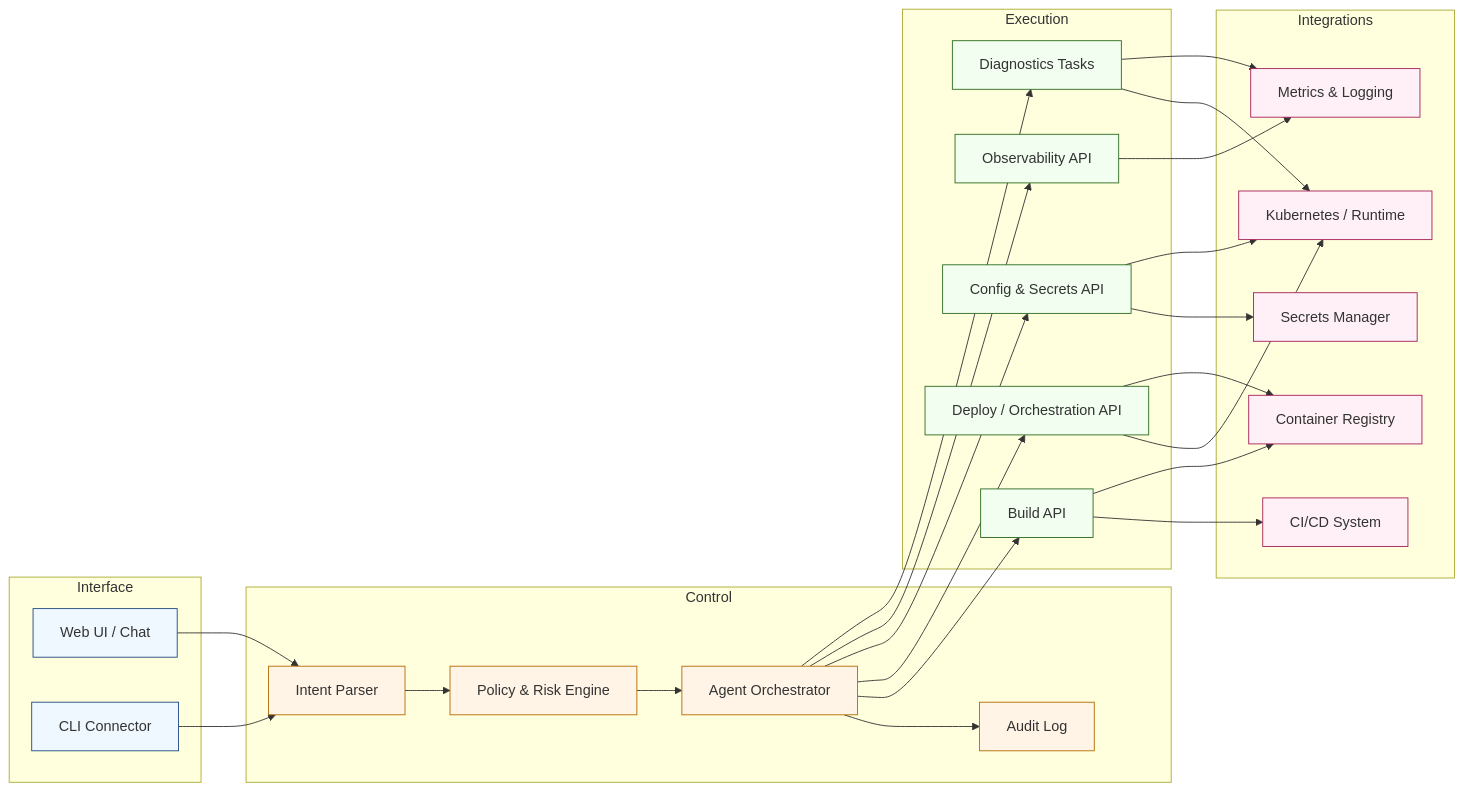
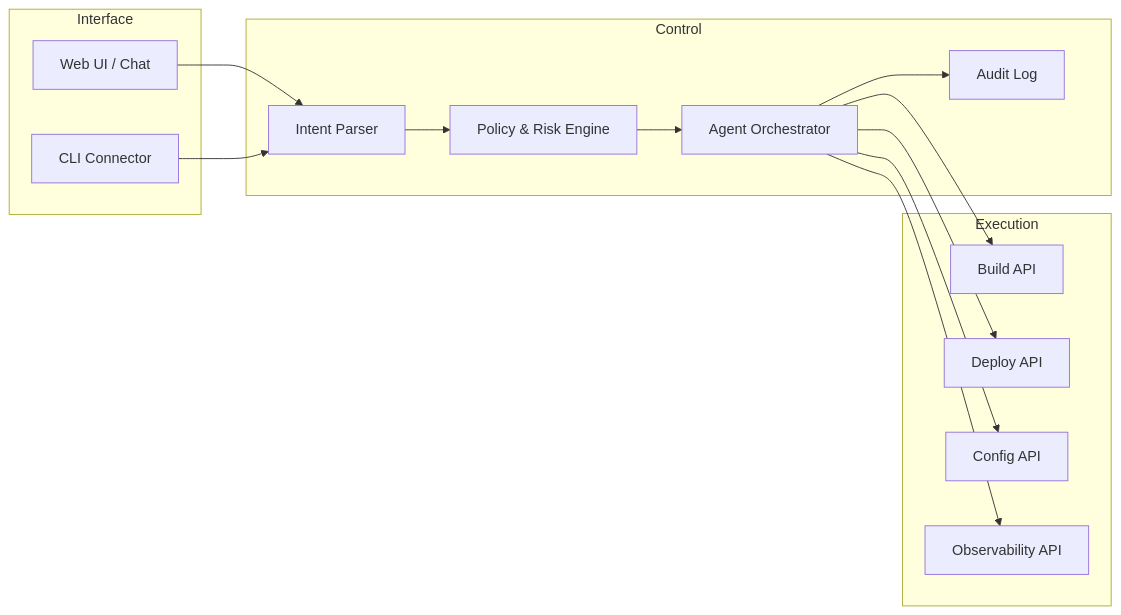
The diagram in project-deploybot.md (binartist/about-me), drawn with Mermaid before and after one commit. The commit also changed other lines of this file and 28 other files, not shown here.

````diff
--- a/project-deploybot.md
+++ b/project-deploybot.md
@@ -10,60 +15,28 @@
 ```mermaid
 flowchart LR
-	subgraph Interface
-		WebUI[Web UI / Chat]
-		CLI[CLI Connector]
-	end
-
-	subgraph Control
-		Intent[Intent Parser]
-		Policy[Policy & Risk Engine]
-		Orchestrator[Agent Orchestrator]
-		Audit[Audit Log]
-	end
-
-	subgraph Execution
-		BuildAPI[Build API]
-		DeployAPI[Deploy / Orchestration API]
-		ConfigAPI[Config & Secrets API]
-		ObserveAPI[Observability API]
-		Diagnostics[Diagnostics Tasks]
-	end
-
-	subgraph Integrations
-		Registry[Container Registry]
-		CI[CI/CD System]
-		Cluster[Kubernetes / Runtime]
-		Metrics[Metrics & Logging]
-		Secrets[Secrets Manager]
-	end
-
-	WebUI --> Intent
-	CLI --> Intent
-	Intent --> Policy
-	Policy --> Orchestrator
-	Orchestrator --> Audit
-	Orchestrator --> BuildAPI
-	Orchestrator --> DeployAPI
-	Orchestrator --> ConfigAPI
-	Orchestrator --> ObserveAPI
-	Orchestrator --> Diagnostics
-
-	BuildAPI --> CI
-	BuildAPI --> Registry
-	DeployAPI --> Cluster
-	DeployAPI --> Registry
-	ConfigAPI --> Secrets
-	ConfigAPI --> Cluster
-	ObserveAPI --> Metrics
-	Diagnostics --> Cluster
-	Diagnostics --> Metrics
-
-	classDef interface fill:#f0f8ff,stroke:#1f4a82,stroke-width:1px;
-	classDef control fill:#fff4e6,stroke:#b36b00,stroke-width:1px;
-	classDef exec fill:#f2fff0,stroke:#2c6b1d,stroke-width:1px;
-	classDef integrations fill:#fef0f6,stroke:#a61f5a,stroke-width:1px;
-	class WebUI,CLI interface;
-	class Intent,Policy,Orchestrator,Audit control;
-	class BuildAPI,DeployAPI,ConfigAPI,ObserveAPI,Diagnostics exec;
-	class Registry,CI,Cluster,Metrics,Secrets integrations;
+  subgraph Interface
+    WebUI[Web UI / Chat]
+    CLI[CLI Connector]
+  end
+  subgraph Control
+    Intent[Intent Parser]
+    Policy[Policy & Risk Engine]
+    Orchestrator[Agent Orchestrator]
+    Audit[Audit Log]
+  end
+  subgraph Execution
+    BuildAPI[Build API]
+    DeployAPI[Deploy API]
+    ConfigAPI[Config API]
+    ObserveAPI[Observability API]
+  end
+  WebUI --> Intent
+  CLI --> Intent
+  Intent --> Policy
+  Policy --> Orchestrator
+  Orchestrator --> Audit
+  Orchestrator --> BuildAPI
+  Orchestrator --> DeployAPI
+  Orchestrator --> ConfigAPI
+  Orchestrator --> ObserveAPI
 ```
````
